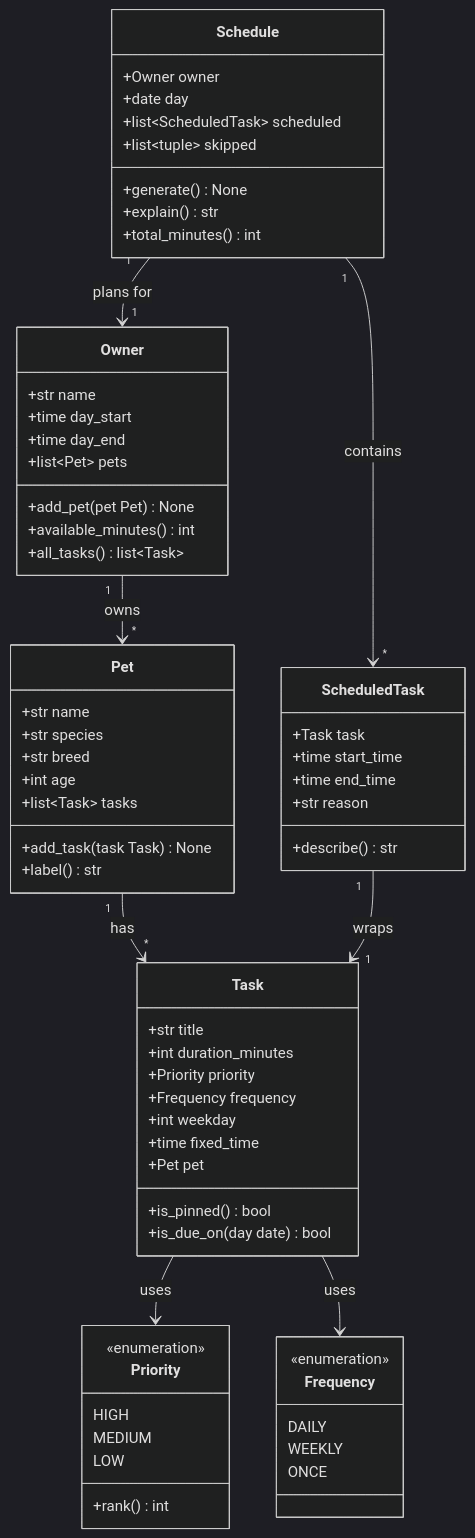
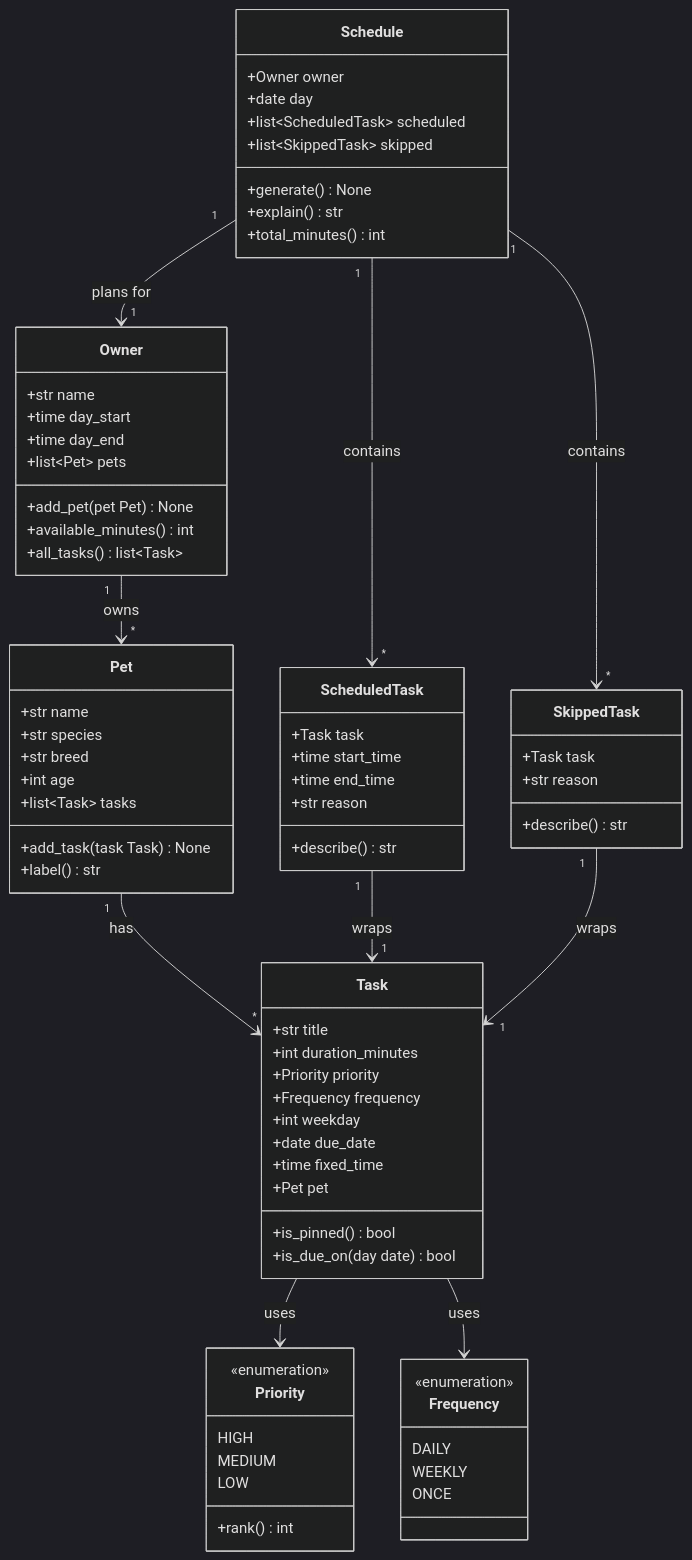
One commit to nicollsua/ai110-module2show-pawpal-starter changed the diagram in diagrams/uml.mmd. Above: the diagram before and after it, drawn with Mermaid (dark theme). The commit also changed 3 other files, not shown here.

```diff
--- a/diagrams/uml.mmd
+++ b/diagrams/uml.mmd
@@ -1,76 +1,85 @@
 classDiagram
     %% PawPal+ — pet care planning assistant
     %% Owner sets the time window; tasks belong to pets; Schedule plans the day.
 
     class Priority {
         <<enumeration>>
         HIGH
         MEDIUM
         LOW
         +rank() int
     }
 
     class Frequency {
         <<enumeration>>
         DAILY
         WEEKLY
         ONCE
     }
 
     class Owner {
         +str name
         +time day_start
         +time day_end
         +list~Pet~ pets
         +add_pet(pet Pet) None
         +available_minutes() int
         +all_tasks() list~Task~
     }
 
     class Pet {
         +str name
         +str species
         +str breed
         +int age
         +list~Task~ tasks
         +add_task(task Task) None
         +label() str
     }
 
     class Task {
         +str title
         +int duration_minutes
         +Priority priority
         +Frequency frequency
         +int weekday
+        +date due_date
         +time fixed_time
         +Pet pet
         +is_pinned() bool
         +is_due_on(day date) bool
     }
 
     class ScheduledTask {
         +Task task
         +time start_time
         +time end_time
         +str reason
         +describe() str
     }
 
+    class SkippedTask {
+        +Task task
+        +str reason
+        +describe() str
+    }
+
     class Schedule {
         +Owner owner
         +date day
         +list~ScheduledTask~ scheduled
-        +list~tuple~ skipped
+        +list~SkippedTask~ skipped
         +generate() None
         +explain() str
         +total_minutes() int
     }
 
     Owner "1" --> "*" Pet : owns
     Pet "1" --> "*" Task : has
     Task --> Priority : uses
     Task --> Frequency : uses
     Schedule "1" --> "1" Owner : plans for
     Schedule "1" --> "*" ScheduledTask : contains
+    Schedule "1" --> "*" SkippedTask : contains
     ScheduledTask "1" --> "1" Task : wraps
+    SkippedTask "1" --> "1" Task : wraps
```
